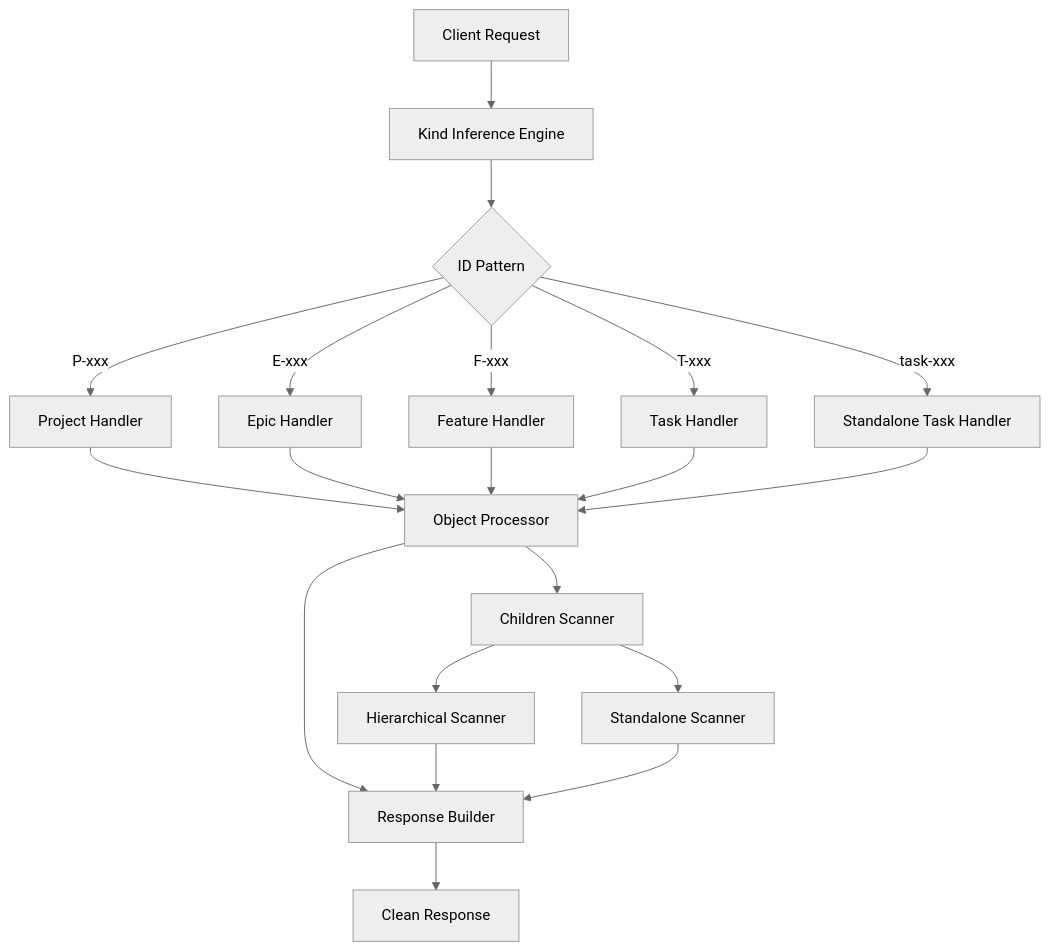
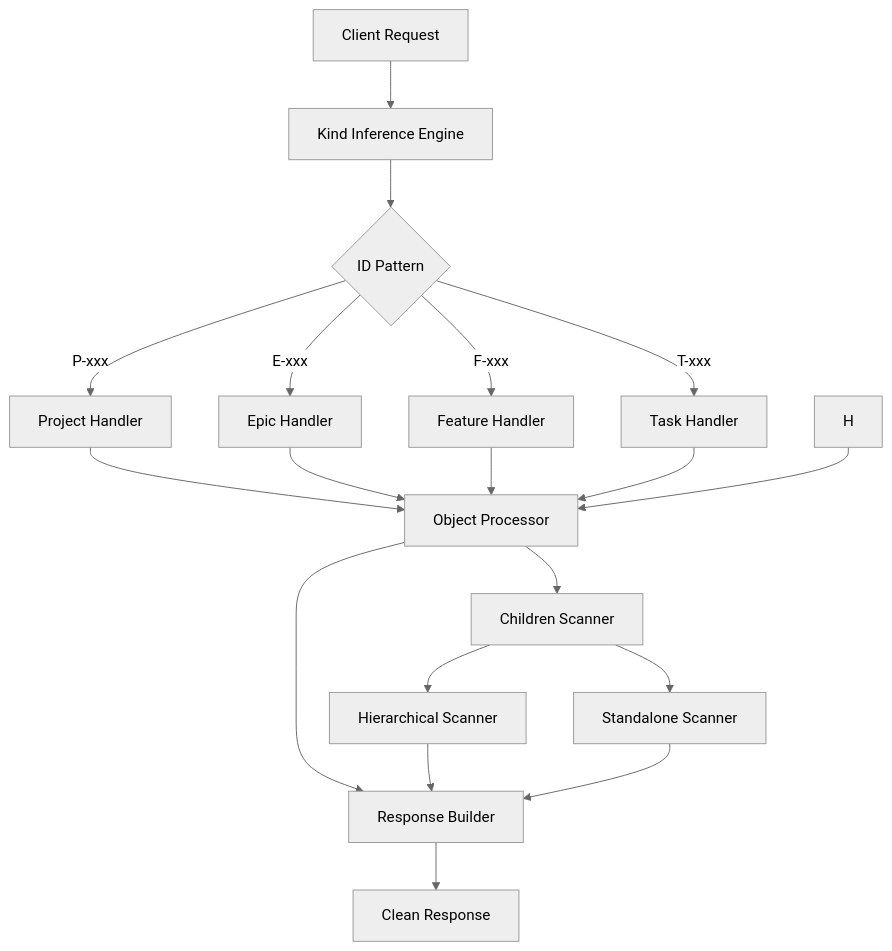
The diagram in planning/projects/P-trellis-mcp-tool-enhancements/epics/E-tool-interface-simplification/epic.md (langadventurellc/trellis-mcp), drawn with Mermaid (neutral theme) before and after one commit. The commit also changed other lines of this file and 6 other files, not shown here.

````diff
--- a/planning/projects/P-trellis-mcp-tool-enhancements/epics/E-tool-interface-simplification/epic.md
+++ b/planning/projects/P-trellis-mcp-tool-enhancements/epics/E-tool-interface-simplification/epic.md
@@ -77,26 +76,25 @@
 ```mermaid
 graph TD
     A[Client Request] --> B[Kind Inference Engine]
     B --> C{ID Pattern}
     C -->|P-xxx| D[Project Handler]
     C -->|E-xxx| E[Epic Handler]
     C -->|F-xxx| F[Feature Handler]
     C -->|T-xxx| G[Task Handler]
-    C -->|task-xxx| H[Standalone Task Handler]
     
     D --> I[Object Processor]
     E --> I
     F --> I
     G --> I
     H --> I
     
     I --> J[Children Scanner]
     I --> K[Response Builder]
     
     J --> L[Hierarchical Scanner]
     J --> M[Standalone Scanner]
     
     L --> K
     M --> K
     K --> N[Clean Response]
 ```
````
